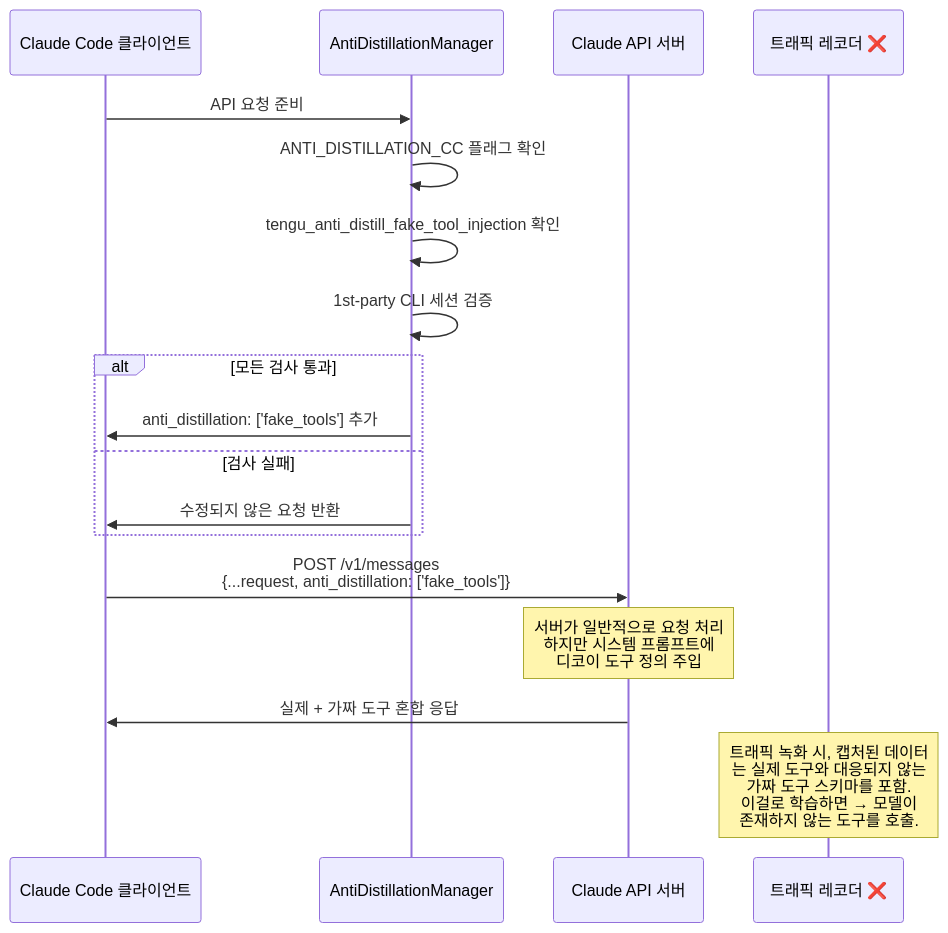
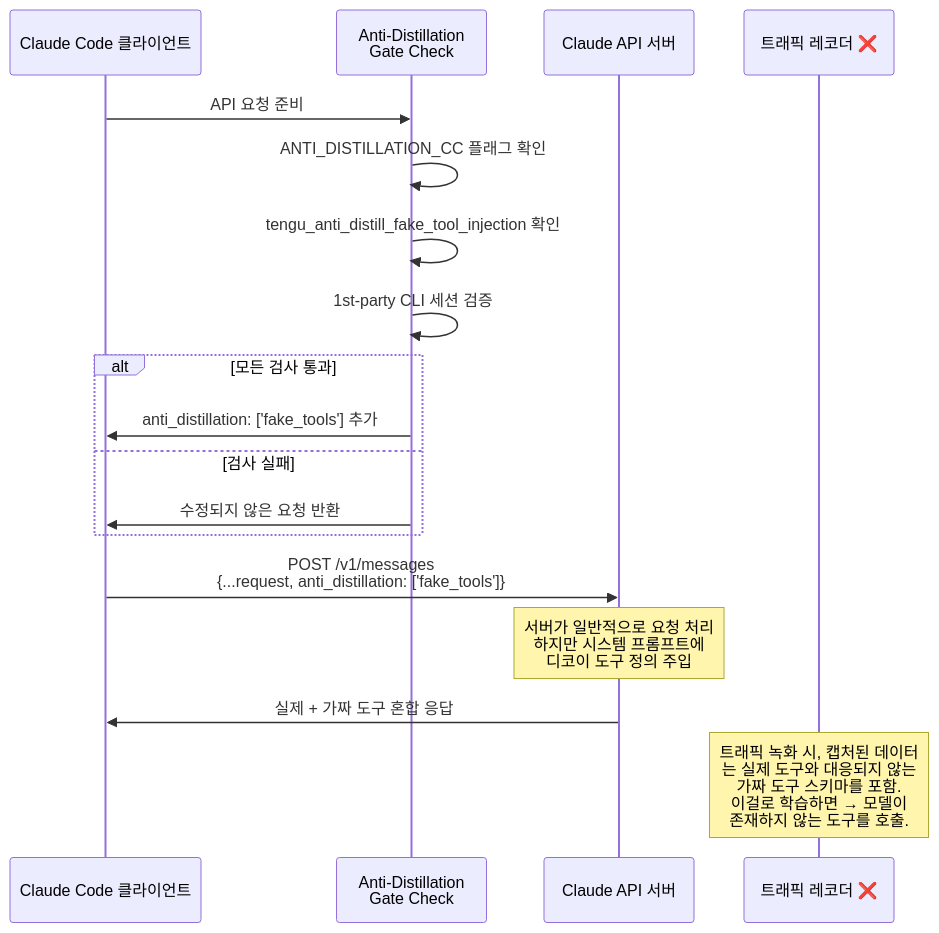
Before and after one commit to hi-space/claude-code-unpack-docs: the first of 3 diagrams in docs/deep/ko/security/anti-distillation.md, drawn with Mermaid. The commit also changed other lines of this file and 51 other files, not shown here.

````diff
--- a/docs/deep/ko/security/anti-distillation.md
+++ b/docs/deep/ko/security/anti-distillation.md
@@ -30,26 +30,26 @@
 ```mermaid
 sequenceDiagram
     participant CC as Claude Code 클라이언트
-    participant AD as AntiDistillationManager
+    participant AD as Anti-Distillation<br/>Gate Check
     participant API as Claude API 서버
     participant Spy as 트래픽 레코더 ❌
 
     CC->>AD: API 요청 준비
     AD->>AD: ANTI_DISTILLATION_CC 플래그 확인
     AD->>AD: tengu_anti_distill_fake_tool_injection 확인
     AD->>AD: 1st-party CLI 세션 검증
 
     alt 모든 검사 통과
         AD->>CC: anti_distillation: ['fake_tools'] 추가
     else 검사 실패
         AD->>CC: 수정되지 않은 요청 반환
     end
 
     CC->>API: POST /v1/messages<br/>{...request, anti_distillation: ['fake_tools']}
 
     Note over API: 서버가 일반적으로 요청 처리<br/>하지만 시스템 프롬프트에<br/>디코이 도구 정의 주입
 
     API->>CC: 실제 + 가짜 도구 혼합 응답
 
     Note over Spy: 트래픽 녹화 시, 캡처된 데이터<br/>는 실제 도구와 대응되지 않는<br/>가짜 도구 스키마를 포함.<br/>이걸로 학습하면 → 모델이<br/>존재하지 않는 도구를 호출.
 ```
````
